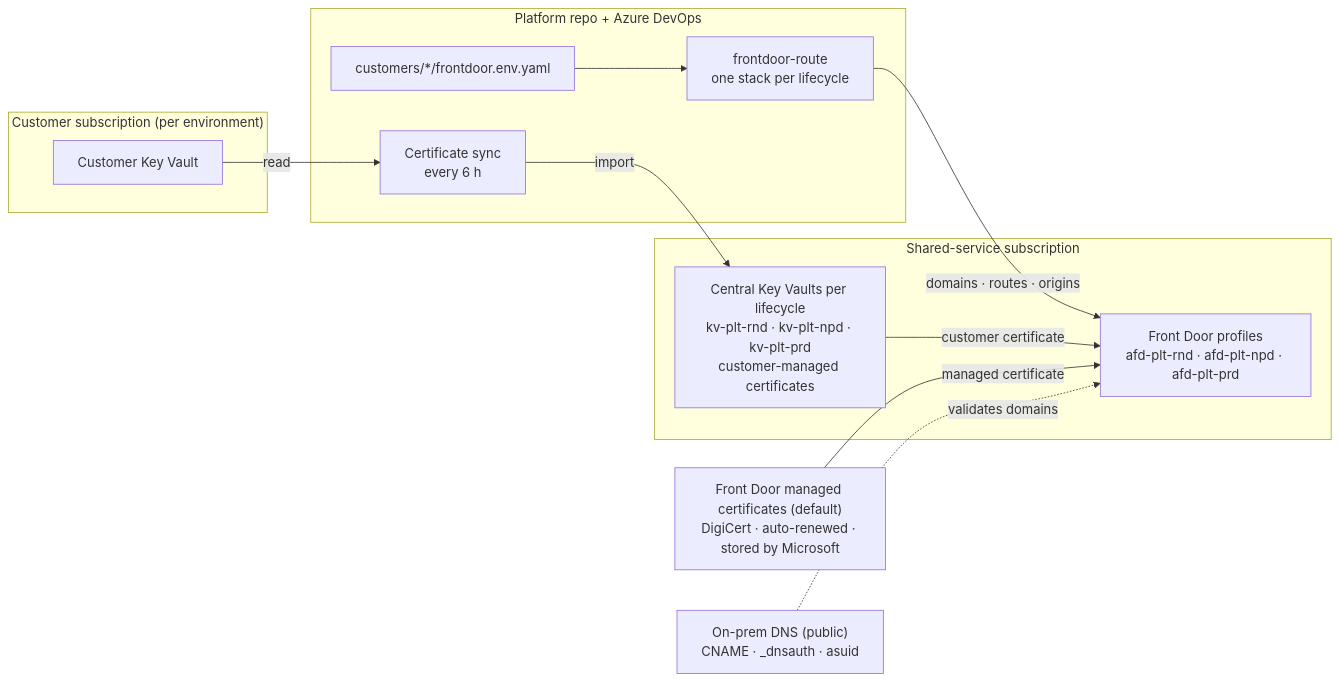
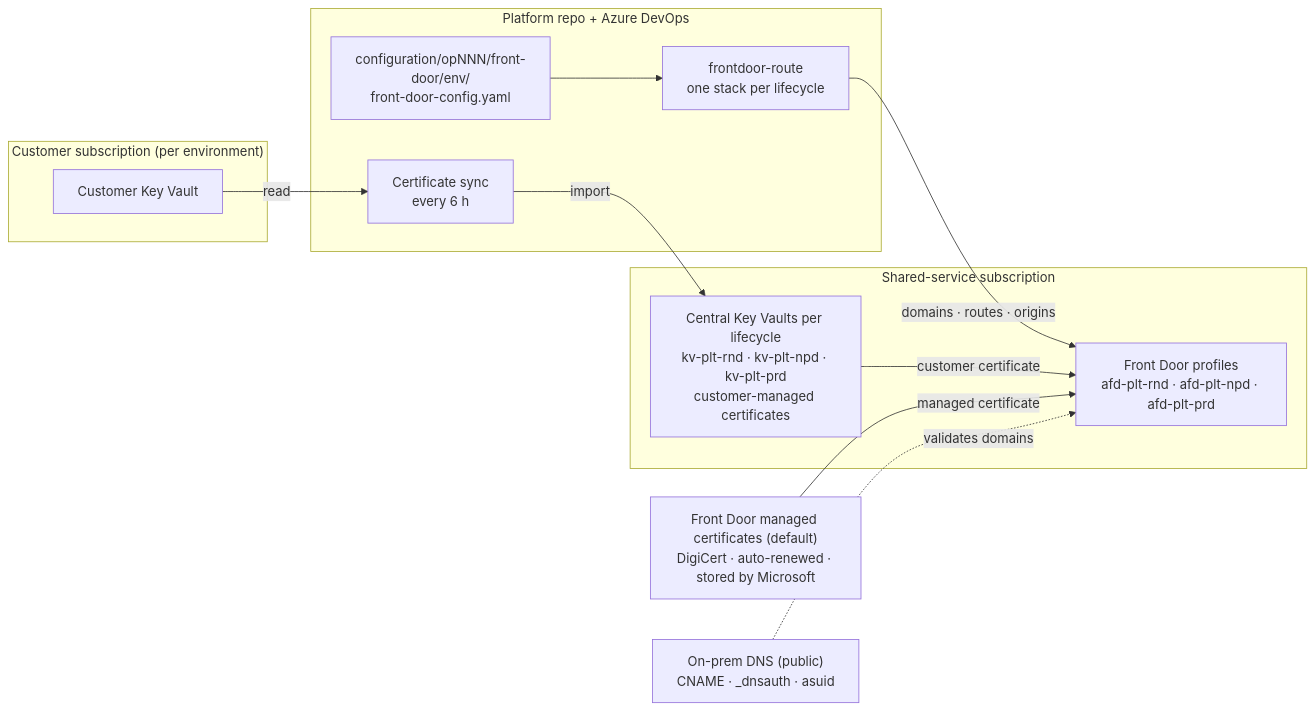
One commit to msdhn/msdhn-projects changed the diagram in architecture/frontdoor/frontdoor_architecture_config.mmd. Above: the diagram before and after it, drawn with Mermaid. The commit also changed 8 other files, not shown here.

Commit message:
Update Front Door configuration schema and documentation for clarity and consistency

```diff
--- a/architecture/frontdoor/frontdoor_architecture_config.mmd
+++ b/architecture/frontdoor/frontdoor_architecture_config.mmd
@@ -1,26 +1,26 @@
 flowchart LR
     subgraph ops["Platform repo + Azure DevOps"]
-        cfg["customers/*/frontdoor.env.yaml"]
+        cfg["configuration/opNNN/front-door/env/<br/>front-door-config.yaml"]
         route["frontdoor-route<br/>one stack per lifecycle"]
         sync["Certificate sync<br/>every 6 h"]
     end
 
     subgraph cust["Customer subscription (per environment)"]
         ckv["Customer Key Vault"]
     end
 
     subgraph shared["Shared-service subscription"]
         kv["Central Key Vaults per lifecycle<br/>kv-plt-rnd · kv-plt-npd · kv-plt-prd<br/>customer-managed certificates"]
         afd["Front Door profiles<br/>afd-plt-rnd · afd-plt-npd · afd-plt-prd"]
     end
 
     mcert["Front Door managed certificates (default)<br/>DigiCert · auto-renewed · stored by Microsoft"]
     dns["On-prem DNS (public)<br/>CNAME · _dnsauth · asuid"]
 
     cfg --> route
     route -->|domains · routes · origins| afd
     ckv -->|read| sync
     sync -->|import| kv
     kv -->|customer certificate| afd
     mcert -->|managed certificate| afd
     dns -.->|validates domains| afd
```
